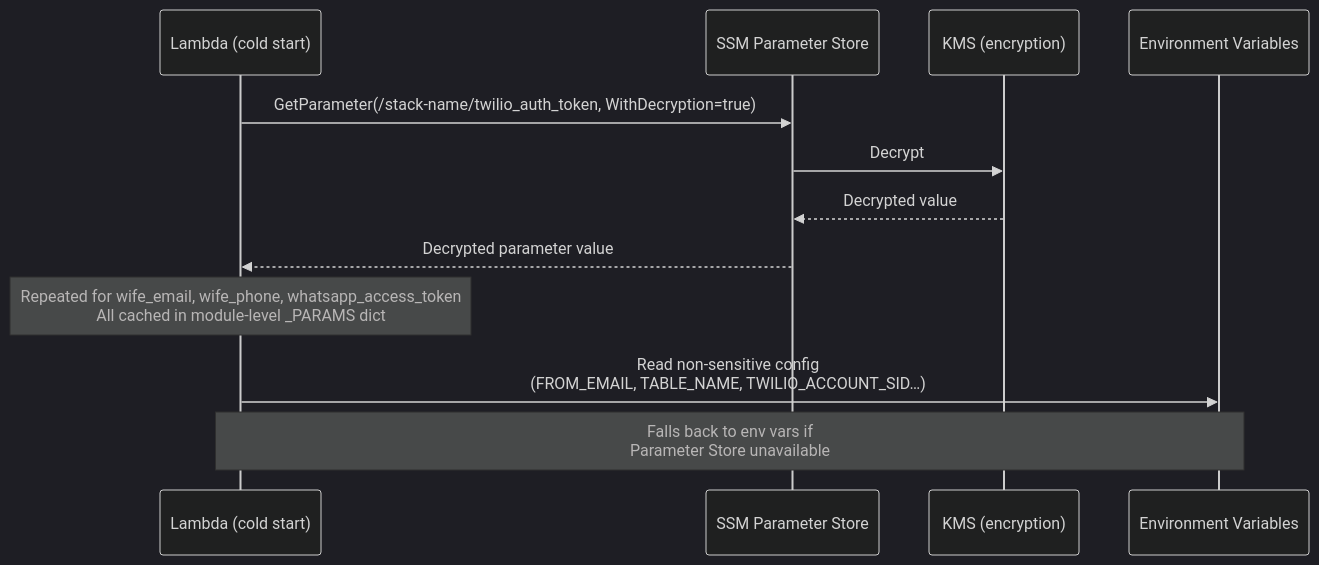
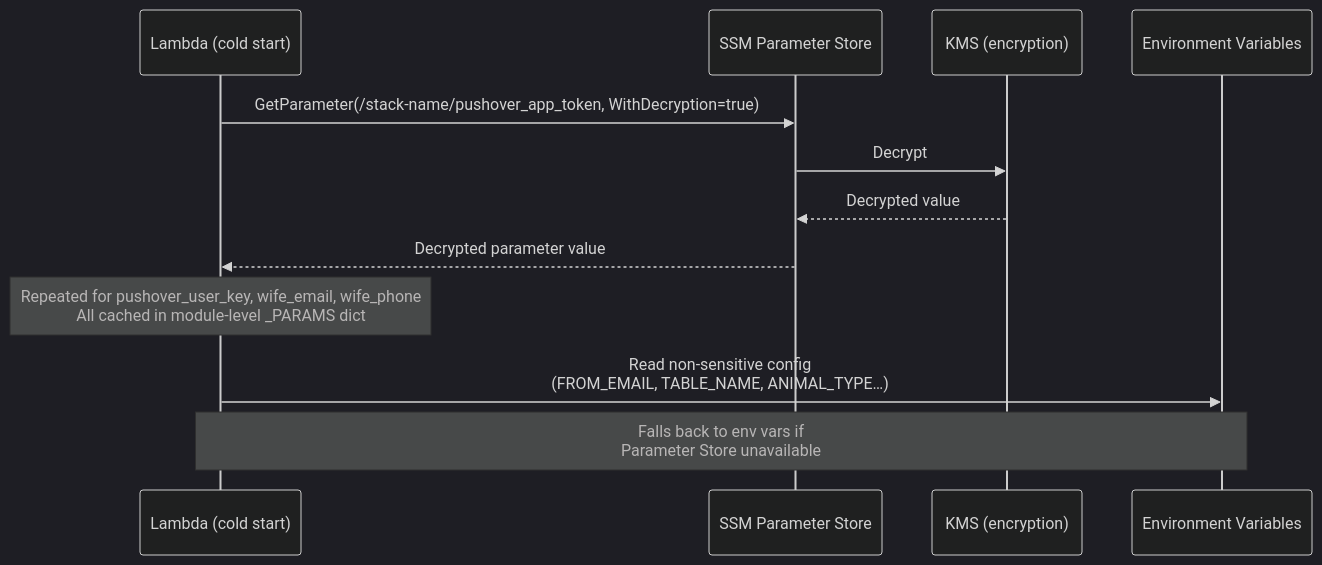
One commit to baldrickuk/washingmachine-notifications changed the seventh of 12 diagrams in docs/architecture.md. Above: the diagram before and after it, drawn with Mermaid. The commit also changed other lines of this file and 13 other files, not shown here.

First line of the commit message:
feat: replace Twilio/WhatsApp with Pushover notifications (#4)

````diff
--- a/docs/architecture.md
+++ b/docs/architecture.md
@@ -312,19 +311,19 @@
 ```mermaid
 %%{init: {'theme': 'dark', 'themeVariables': {'primaryColor': '#1e3a5f', 'primaryTextColor': '#c9d1d9', 'primaryBorderColor': '#4a7ab5', 'lineColor': '#58a6ff', 'edgeLabelBackground': '#0d1117'}}}%%
 
 sequenceDiagram
     participant L  as Lambda (cold start)
     participant SSM as SSM Parameter Store
     participant KMS as KMS (encryption)
     participant ENV as Environment Variables
 
-    L->>SSM: GetParameter(/stack-name/twilio_auth_token, WithDecryption=true)
+    L->>SSM: GetParameter(/stack-name/pushover_app_token, WithDecryption=true)
     SSM->>KMS: Decrypt
     KMS-->>SSM: Decrypted value
     SSM-->>L: Decrypted parameter value
-    
-    Note over L: Repeated for wife_email, wife_phone, whatsapp_access_token<br/>All cached in module-level _PARAMS dict
 
-    L->>ENV: Read non-sensitive config<br/>(FROM_EMAIL, TABLE_NAME, TWILIO_ACCOUNT_SID…)
+    Note over L: Repeated for pushover_user_key, wife_email, wife_phone<br/>All cached in module-level _PARAMS dict
+
+    L->>ENV: Read non-sensitive config<br/>(FROM_EMAIL, TABLE_NAME, ANIMAL_TYPE…)
     Note over L,ENV: Falls back to env vars if<br/>Parameter Store unavailable
 ```
````
